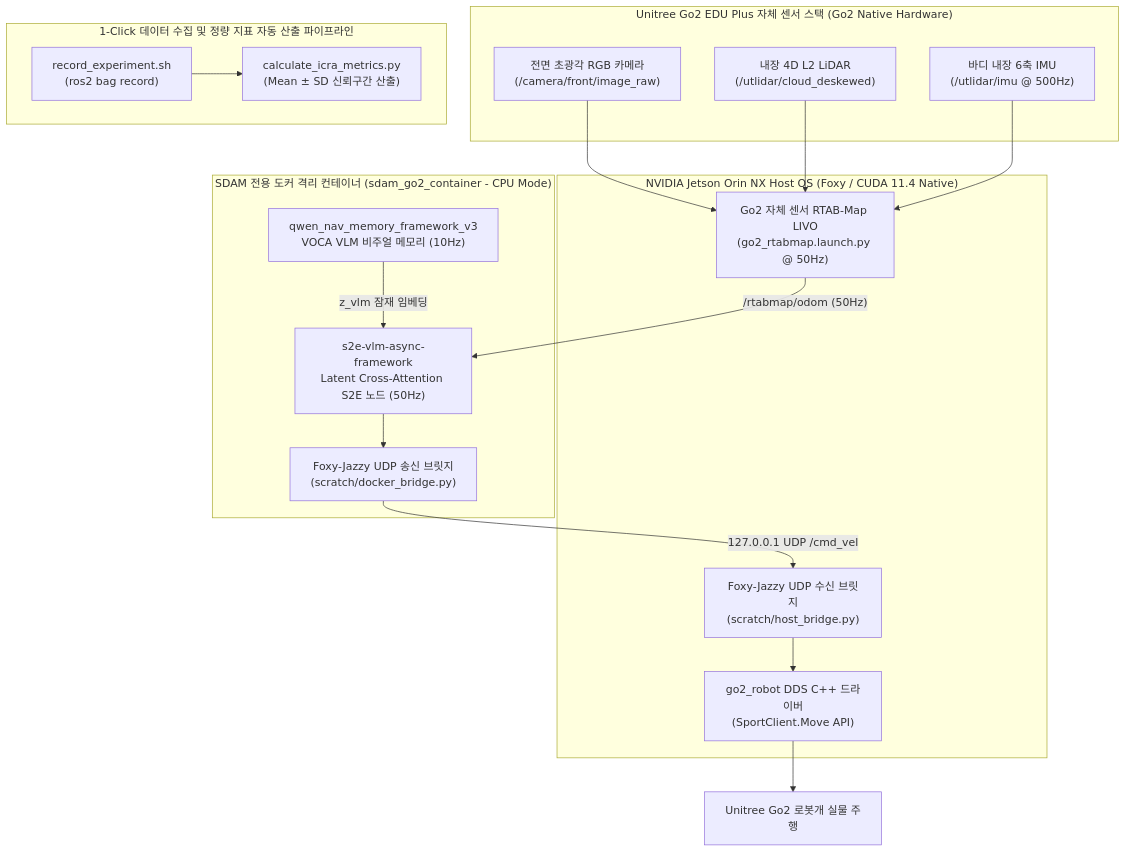
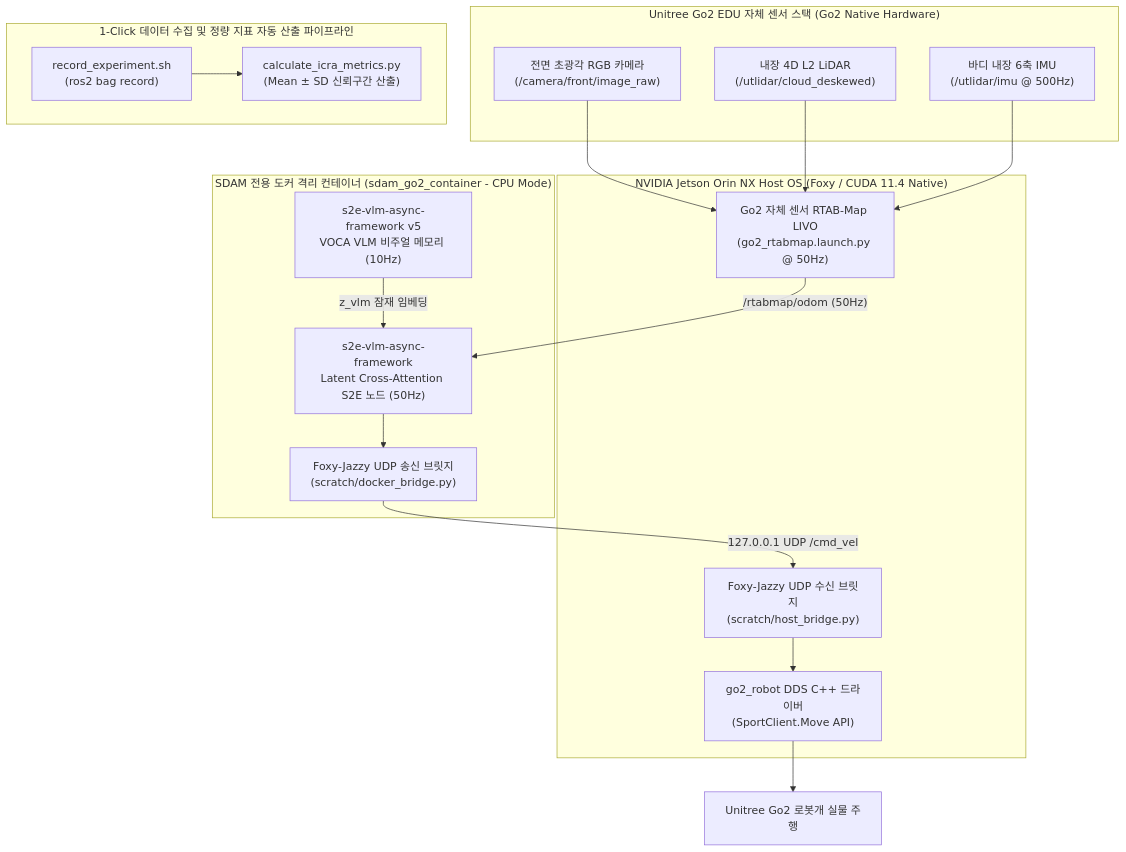
Before and after one commit to CGV-HGU/go2_ws: the first of 2 diagrams in docs/12_icra_2026_final_experiment_tables_and_diagrams.md, drawn with Mermaid. The commit also changed other lines of this file and 12 other files, not shown here.

````diff
--- a/docs/12_icra_2026_final_experiment_tables_and_diagrams.md
+++ b/docs/12_icra_2026_final_experiment_tables_and_diagrams.md
@@ -18,38 +18,38 @@
 ```mermaid
 graph TD
-    subgraph "Unitree Go2 EDU Plus 자체 센서 스택 (Go2 Native Hardware)"
+    subgraph "Unitree Go2 EDU 자체 센서 스택 (Go2 Native Hardware)"
         RGB["전면 초광각 RGB 카메라<br/>(/camera/front/image_raw)"]
         LIDAR["내장 4D L2 LiDAR<br/>(/utlidar/cloud_deskewed)"]
         IMU["바디 내장 6축 IMU<br/>(/utlidar/imu @ 500Hz)"]
     end
 
     subgraph "NVIDIA Jetson Orin NX Host OS (Foxy / CUDA 11.4 Native)"
         RTAB["Go2 자체 센서 RTAB-Map LIVO<br/>(go2_rtabmap.launch.py @ 50Hz)"]
         HOST_BR["Foxy-Jazzy UDP 수신 브릿지<br/>(scratch/host_bridge.py)"]
         DDS["go2_robot DDS C++ 드라이버<br/>(SportClient.Move API)"]
         
         RGB --> RTAB
         LIDAR --> RTAB
         IMU --> RTAB
         HOST_BR --> DDS
     end
 
     subgraph "SDAM 전용 도커 격리 컨테이너 (sdam_go2_container - CPU Mode)"
-        VLM["qwen_nav_memory_framework_v3<br/>VOCA VLM 비주얼 메모리 (10Hz)"]
+        VLM["s2e-vlm-async-framework v5<br/>VOCA VLM 비주얼 메모리 (10Hz)"]
         S2E["s2e-vlm-async-framework<br/>Latent Cross-Attention S2E 노드 (50Hz)"]
         DOCKER_BR["Foxy-Jazzy UDP 송신 브릿지<br/>(scratch/docker_bridge.py)"]
         
         VLM -->|z_vlm 잠재 임베딩| S2E
         S2E --> DOCKER_BR
     end
 
     subgraph "1-Click 데이터 수집 및 정량 지표 자동 산출 파이프라인"
         BAG["record_experiment.sh<br/>(ros2 bag record)"]
         EVAL["calculate_icra_metrics.py<br/>(Mean ± SD 신뢰구간 산출)"]
         BAG --> EVAL
     end
 
     RTAB -- "/rtabmap/odom (50Hz)" --> S2E
     DOCKER_BR -- "127.0.0.1 UDP /cmd_vel" --> HOST_BR
     DDS --> GO2["Unitree Go2 로봇개 실물 주행"]
 ```
````
